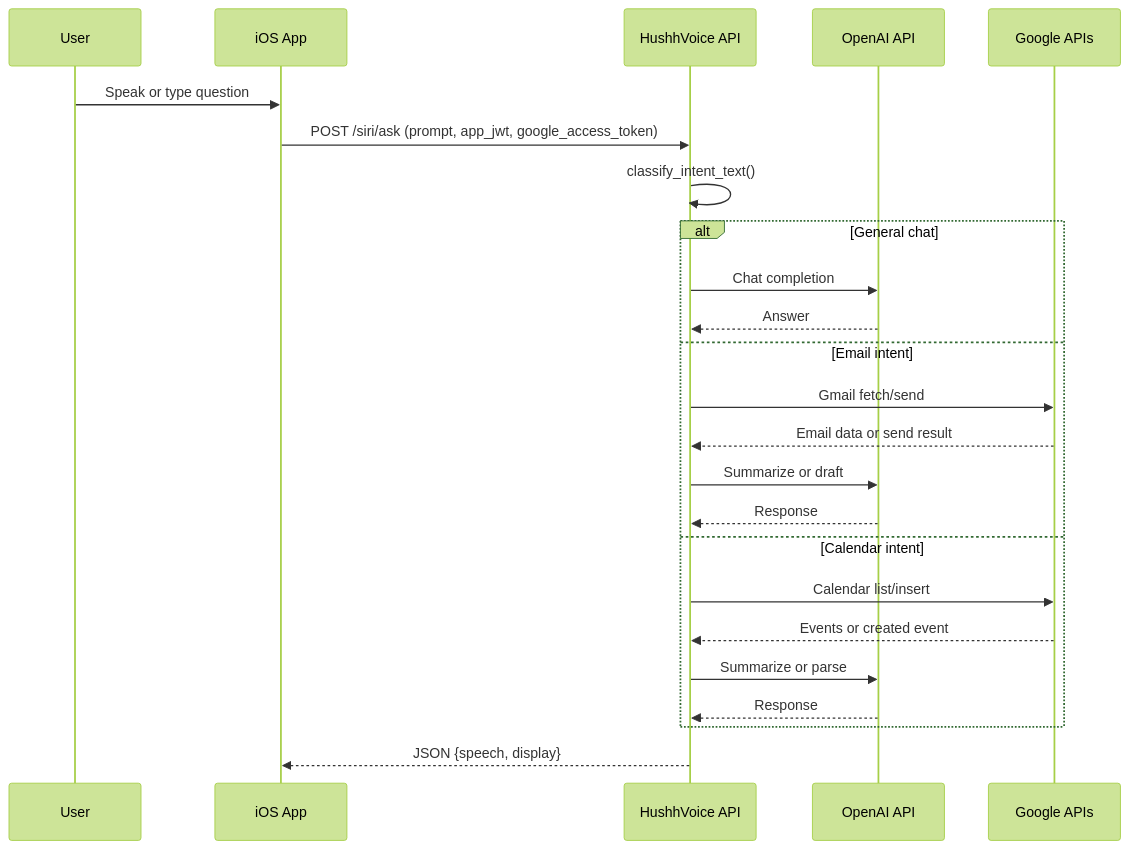
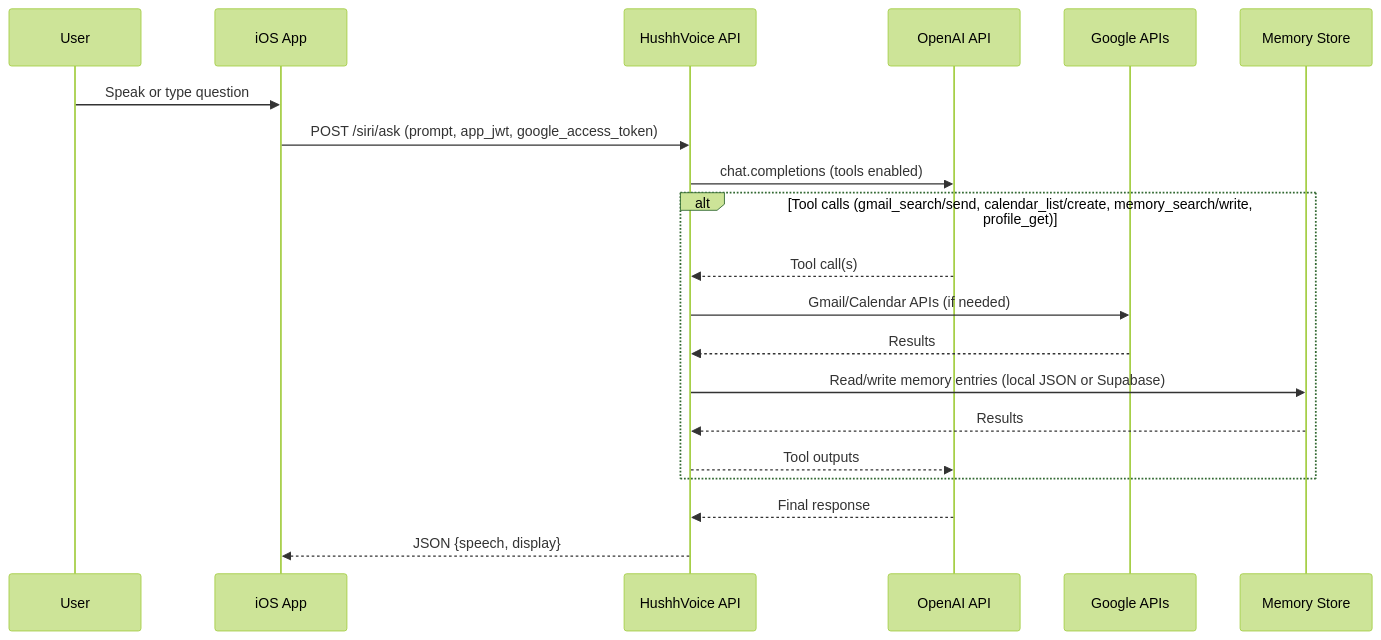
One commit to RGlodAkshat/HushhVoice changed the fourth of 8 diagrams in architecture.md. Above: the diagram before and after it, drawn with Mermaid (forest theme). The commit also changed other lines of this file and 29 other files, not shown here.

````diff
--- a/architecture.md
+++ b/architecture.md
@@ -228,27 +276,23 @@
 ```mermaid
 sequenceDiagram
 participant User
 participant iOS as iOS App
 participant API as HushhVoice API
 participant OpenAI as OpenAI API
 participant Google as Google APIs
+participant Memory as Memory Store
 
 User->>iOS: Speak or type question
 iOS->>API: POST /siri/ask (prompt, app_jwt, google_access_token)
-API->>API: classify_intent_text()
-alt General chat
-  API->>OpenAI: Chat completion
-  OpenAI-->>API: Answer
-else Email intent
-  API->>Google: Gmail fetch/send
-  Google-->>API: Email data or send result
-  API->>OpenAI: Summarize or draft
-  OpenAI-->>API: Response
-else Calendar intent
-  API->>Google: Calendar list/insert
-  Google-->>API: Events or created event
-  API->>OpenAI: Summarize or parse
-  OpenAI-->>API: Response
+API->>OpenAI: chat.completions (tools enabled)
+alt Tool calls (gmail_search/send, calendar_list/create, memory_search/write, profile_get)
+  OpenAI-->>API: Tool call(s)
+  API->>Google: Gmail/Calendar APIs (if needed)
+  Google-->>API: Results
+  API->>Memory: Read/write memory entries (local JSON or Supabase)
+  Memory-->>API: Results
+  API-->>OpenAI: Tool outputs
 end
+OpenAI-->>API: Final response
 API-->>iOS: JSON {speech, display}
 ```
````
